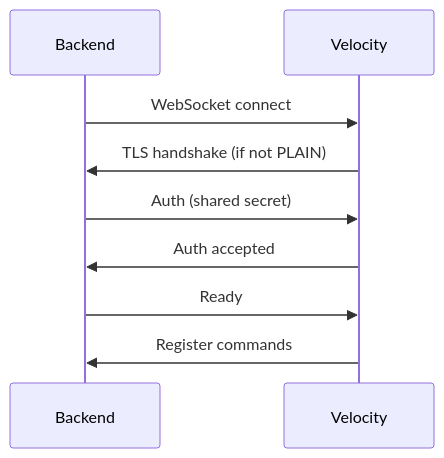
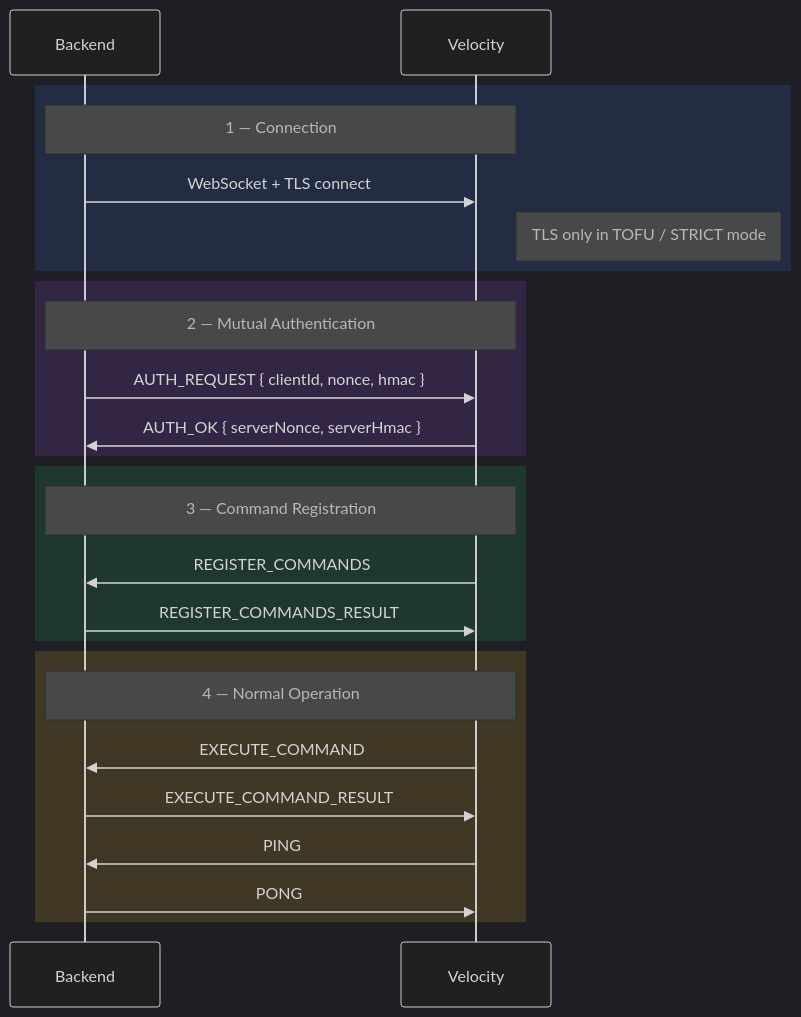
One commit to objz/CommandBridge-wiki changed the diagram in src/docs/3.0.0/security.md. Above: the diagram before and after it, drawn with Mermaid.

Commit message:
docs: improve connection flow diagram in 3.0.0 security

````diff
--- a/src/docs/3.0.0/security.md
+++ b/src/docs/3.0.0/security.md
@@ -102,12 +102,32 @@
 ```mermaid
+%%{init: {'theme': 'dark', 'themeVariables': {'fontSize': '18px'}, 'sequence': {'noteMargin': 15, 'actorMargin': 80}} }%%
 sequenceDiagram
     participant B as Backend
     participant V as Velocity
 
-    B->>V: WebSocket connect
-    V->>B: TLS handshake (if not PLAIN)
-    B->>V: Auth (shared secret)
-    V->>B: Auth accepted
-    B->>V: Ready
-    V->>B: Register commands
+    rect rgba(59, 130, 246, 0.15)
+        Note over B,V: 1 — Connection
+        B->>V: WebSocket + TLS connect
+        Note right of V: TLS only in TOFU / STRICT mode
+    end
+
+    rect rgba(168, 85, 247, 0.15)
+        Note over B,V: 2 — Mutual Authentication
+        B->>V: AUTH_REQUEST { clientId, nonce, hmac }
+        V->>B: AUTH_OK { serverNonce, serverHmac }
+    end
+
+    rect rgba(34, 197, 94, 0.15)
+        Note over B,V: 3 — Command Registration
+        V->>B: REGISTER_COMMANDS
+        B->>V: REGISTER_COMMANDS_RESULT
+    end
+
+    rect rgba(251, 191, 36, 0.15)
+        Note over B,V: 4 — Normal Operation
+        V->>B: EXECUTE_COMMAND
+        B->>V: EXECUTE_COMMAND_RESULT
+        V->>B: PING
+        B->>V: PONG
+    end
 ```
````
